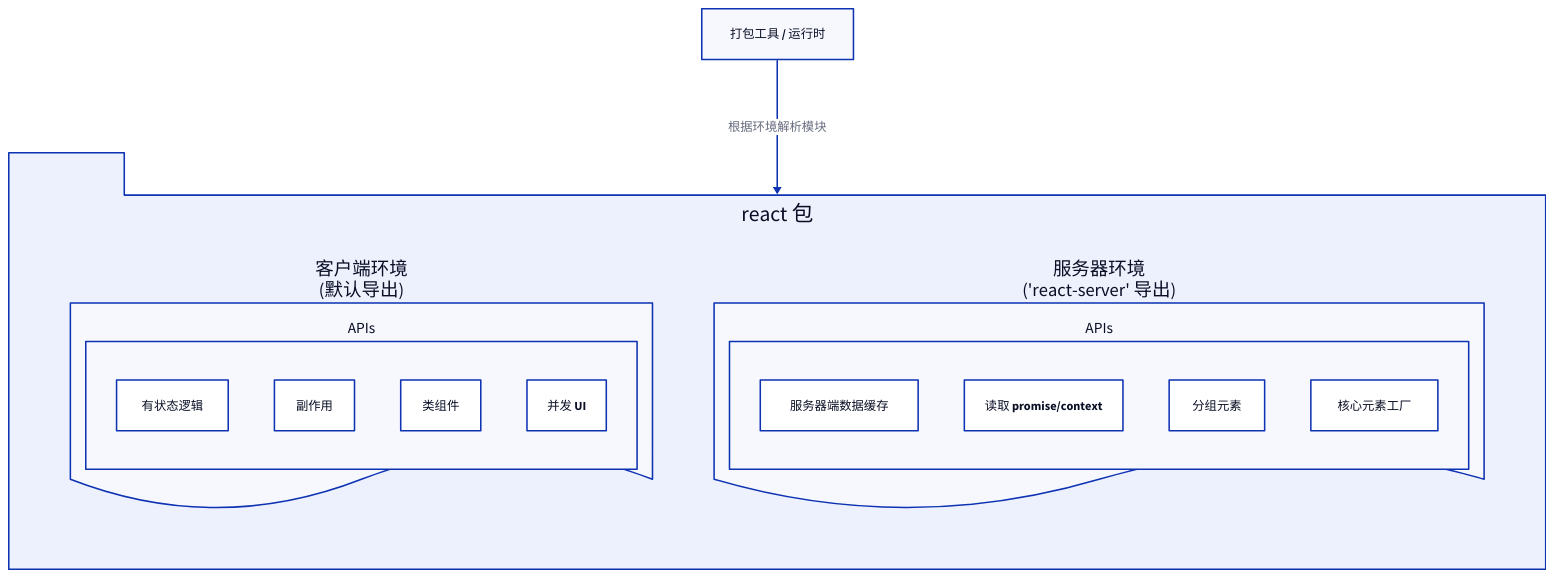
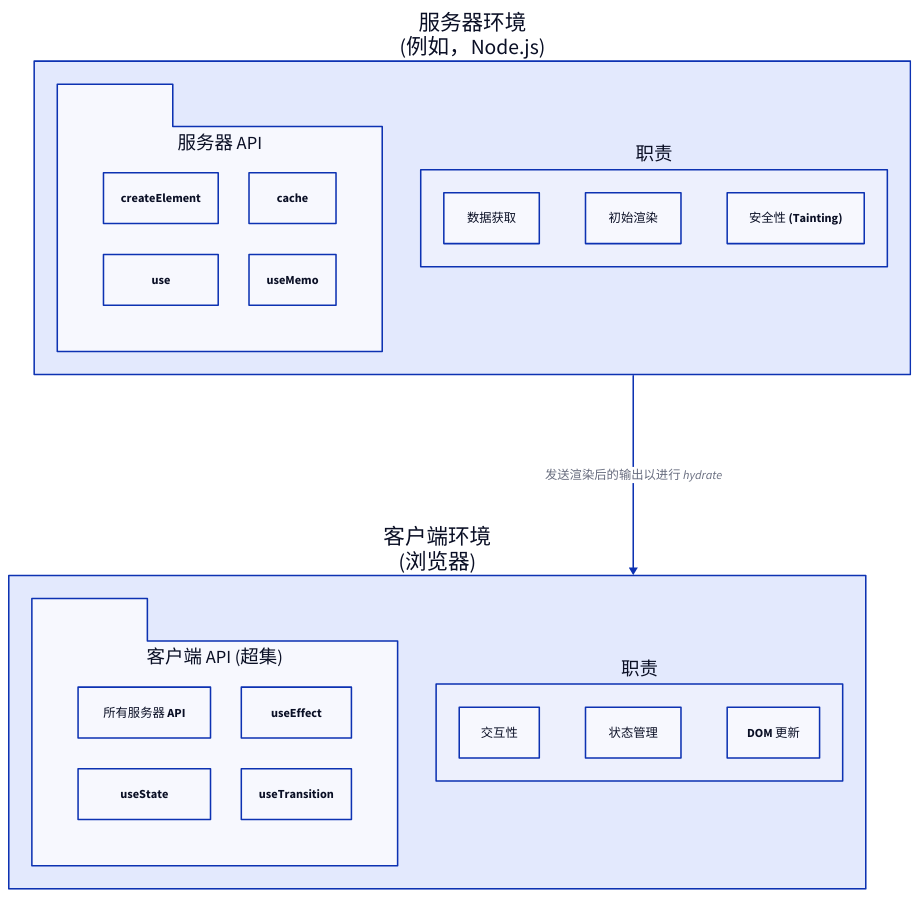
The diagram in packages/react/.aigne/doc-smith/docs/advanced-server-vs-client.zh.md (lban2049/react), drawn with D2 before and after one commit. The commit also changed other lines of this file and 46 other files, not shown here.

````diff
--- a/packages/react/.aigne/doc-smith/docs/advanced-server-vs-client.zh.md
+++ b/packages/react/.aigne/doc-smith/docs/advanced-server-vs-client.zh.md
@@ -30,37 +7,50 @@
 ```d2
 direction: down
 
-"打包工具 / 运行时": {
+Server-Environment: {
+  label: "服务器环境\n(例如，Node.js)"
   shape: rectangle
-}
 
-"react 包": {
-  shape: package
-  grid-columns: 2
-  grid-gap: 80
+  APIs: {
+    shape: package
+    label: "服务器 API"
+    grid-columns: 2
 
-  "客户端入口 (`index.js`)": {
-    label: "客户端环境\n(默认导出)"
-    shape: document
-    "APIs": {
-      "useState": "有状态逻辑"
-      "useEffect": "副作用"
-      "Component": "类组件"
-      "startTransition": "并发 UI"
-    }
+    createElement: "createElement"
+    use: "use"
+    cache: "cache"
+    useMemo: "useMemo"
   }
 
-  "服务器入口 (`react.react-server.js`)": {
-    label: "服务器环境\n('react-server' 导出)"
-    shape: document
-    "APIs": {
-      "cache": "服务器端数据缓存"
-      "use": "读取 promise/context"
-      "Fragment": "分组元素"
-      "createElement": "核心元素工厂"
-    }
+  Responsibilities: {
+    label: "职责"
+    Data-Fetching: "数据获取"
+    Initial-Render: "初始渲染"
+    Security: "安全性 (Tainting)"
   }
 }
 
-"打包工具 / 运行时" -> "react 包": "根据环境解析模块"
+Client-Environment: {
+  label: "客户端环境\n(浏览器)"
+  shape: rectangle
+
+  APIs: {
+    shape: package
+    label: "客户端 API (超集)"
+    grid-columns: 2
+
+    All-Server-APIs: "所有服务器 API"
+    useState: "useState"
+    useEffect: "useEffect"
+    useTransition: "useTransition"
+  }
+   Responsibilities: {
+    label: "职责"
+    Interactivity: "交互性"
+    State-Management: "状态管理"
+    DOM-Updates: "DOM 更新"
+  }
+}
+
+Server-Environment -> Client-Environment: "发送渲染后的输出以进行 hydrate"
 ```
````
